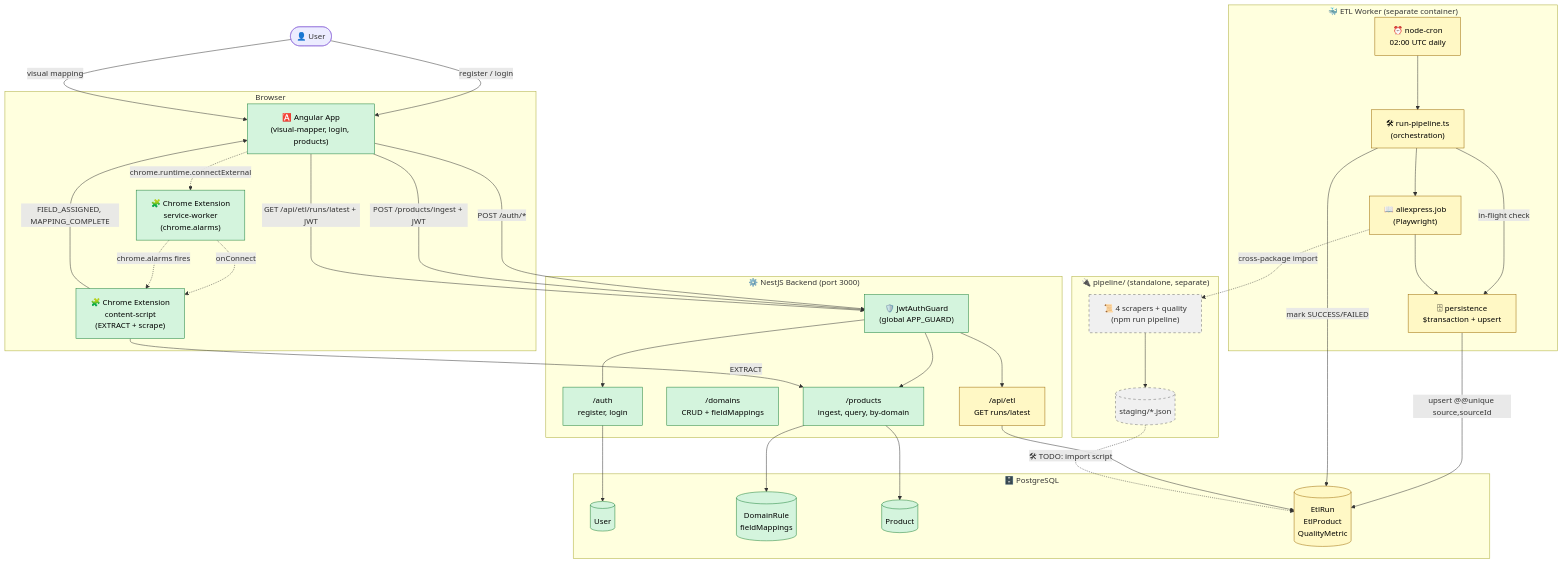
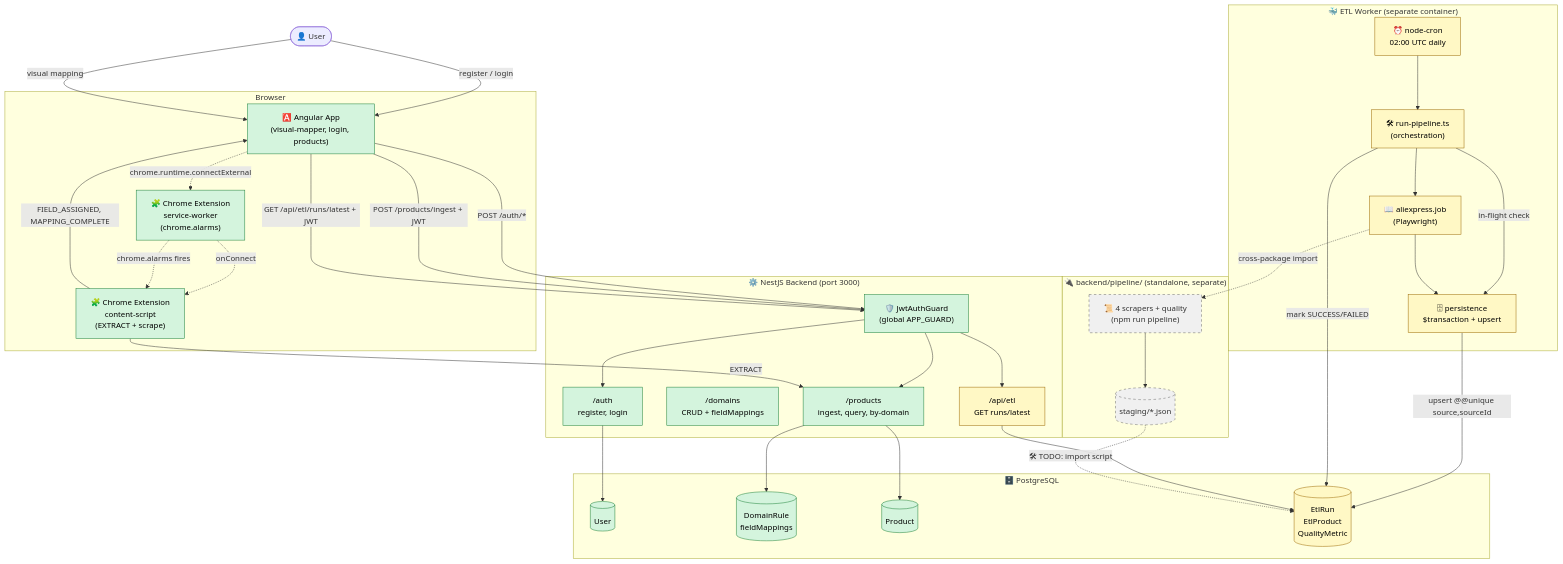
The diagram in docs/flows-current.md (yan2005dris-afk/ShopHarvest), drawn with Mermaid before and after one commit. The commit also changed other lines of this file and 211 other files, not shown here.

```diff
--- a/docs/flows-current.md
+++ b/docs/flows-current.md
@@ -44,7 +44,7 @@
         EtlTbl[("EtlRun<br/>EtlProduct<br/>QualityMetric")]
     end
 
-    subgraph Legacy["🔌 pipeline/ (standalone, separate)"]
+    subgraph Legacy["🔌 backend/pipeline/ (standalone, separate)"]
         PipelineSc["📜 4 scrapers + quality<br/>(npm run pipeline)"]
         StagingFs[("staging/*.json")]
     end
```
